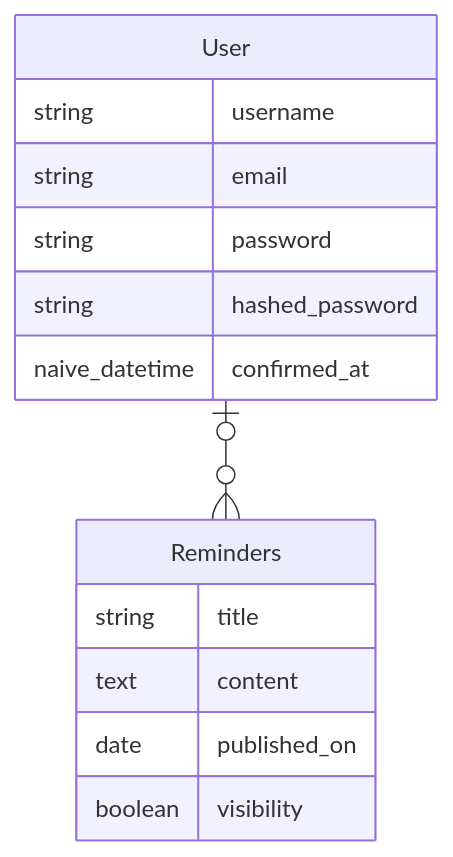
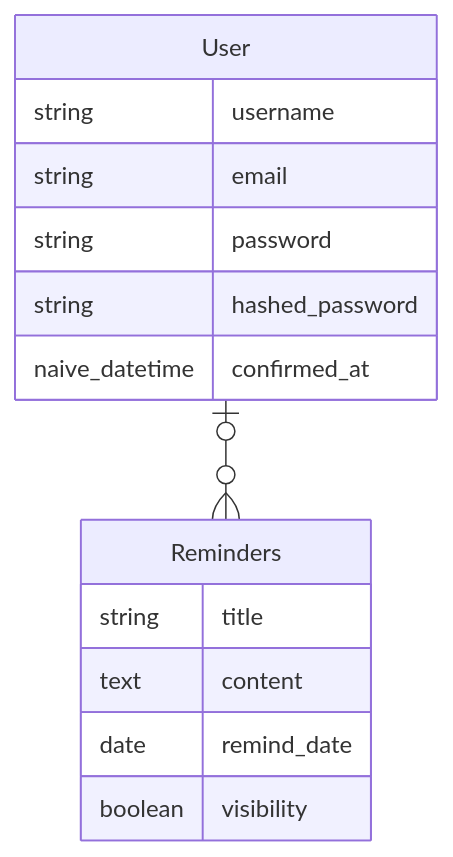
Before and after one commit to stebbinsi2/capstone_DYA: the diagram in remind_me/README.md, drawn with Mermaid.

Commit message:
Updated ERD for remind_date

````diff
--- a/remind_me/README.md
+++ b/remind_me/README.md
@@ -20,21 +20,20 @@
 ```mermaid
 erDiagram
 User {
   string username
   string email
   string password
   string hashed_password
   naive_datetime confirmed_at
 }
 
 Reminders {
     string title
     text content
-    date published_on
+    date remind_date
     boolean visibility
 }
 
 
-
 User |O--O{ Reminders: ""
 ```
````
